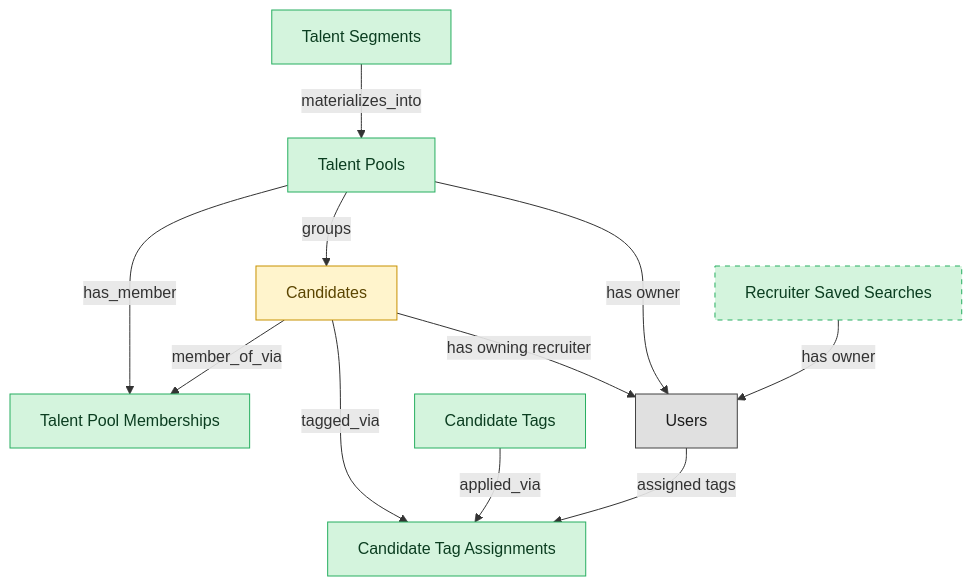
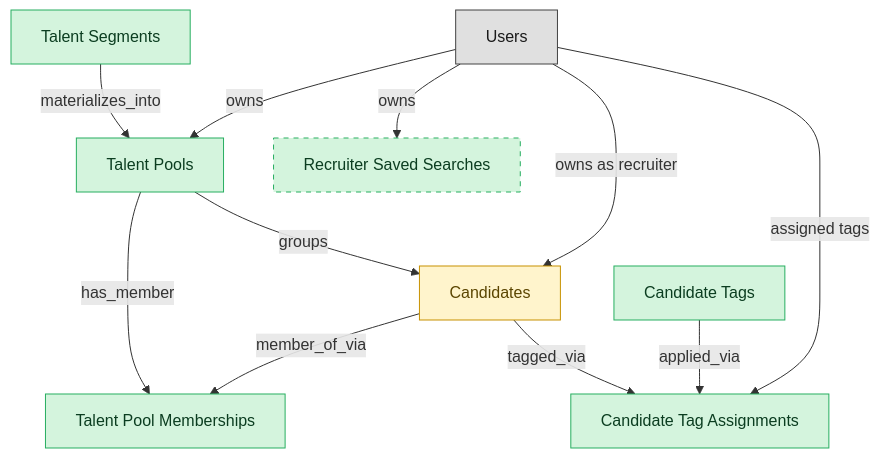
The diagram in catalog/blueprints/ats-talent-pools-semantic-blueprint.md (IntranetFactory/domain-map), drawn with Mermaid before and after one commit. The commit also changed other lines of this file and 51 other files, not shown here.

````diff
--- a/catalog/blueprints/ats-talent-pools-semantic-blueprint.md
+++ b/catalog/blueprints/ats-talent-pools-semantic-blueprint.md
@@ -36,33 +36,33 @@
 ```mermaid
 flowchart TD
   classDef master fill:#d4f4dd,stroke:#27ae60,color:#0b3d20;
   classDef embedded_master fill:#fff4cc,stroke:#c79100,color:#5b4500;
   classDef platform_builtin fill:#e0e0e0,stroke:#424242,color:#1a1a1a;
   candidates["Candidates"]
   talent_pools["Talent Pools"]
   talent_pool_memberships["Talent Pool Memberships"]
   talent_segments["Talent Segments"]
   recruiter_saved_searches["Recruiter Saved Searches"]
   candidate_tags["Candidate Tags"]
   candidate_tag_assignments["Candidate Tag Assignments"]
   users["Users"]
   talent_pools -->|"groups"| candidates
   talent_pools -->|"has_member"| talent_pool_memberships
   candidates -->|"member_of_via"| talent_pool_memberships
   talent_segments -->|"materializes_into"| talent_pools
   candidates -->|"tagged_via"| candidate_tag_assignments
   candidate_tags -->|"applied_via"| candidate_tag_assignments
-  candidates -->|"has owning recruiter"| users
-  talent_pools -->|"has owner"| users
+  users -->|"owns as recruiter"| candidates
+  users -->|"owns"| talent_pools
   users -->|"assigned tags"| candidate_tag_assignments
-  recruiter_saved_searches -->|"has owner"| users
+  users -->|"owns"| recruiter_saved_searches
   class candidates embedded_master;
   class talent_pools master;
   class talent_pool_memberships master;
   class talent_segments master;
   class recruiter_saved_searches master;
   class candidate_tags master;
   class candidate_tag_assignments master;
   class users platform_builtin;
   style recruiter_saved_searches stroke-dasharray:5 5;
 ```
````
